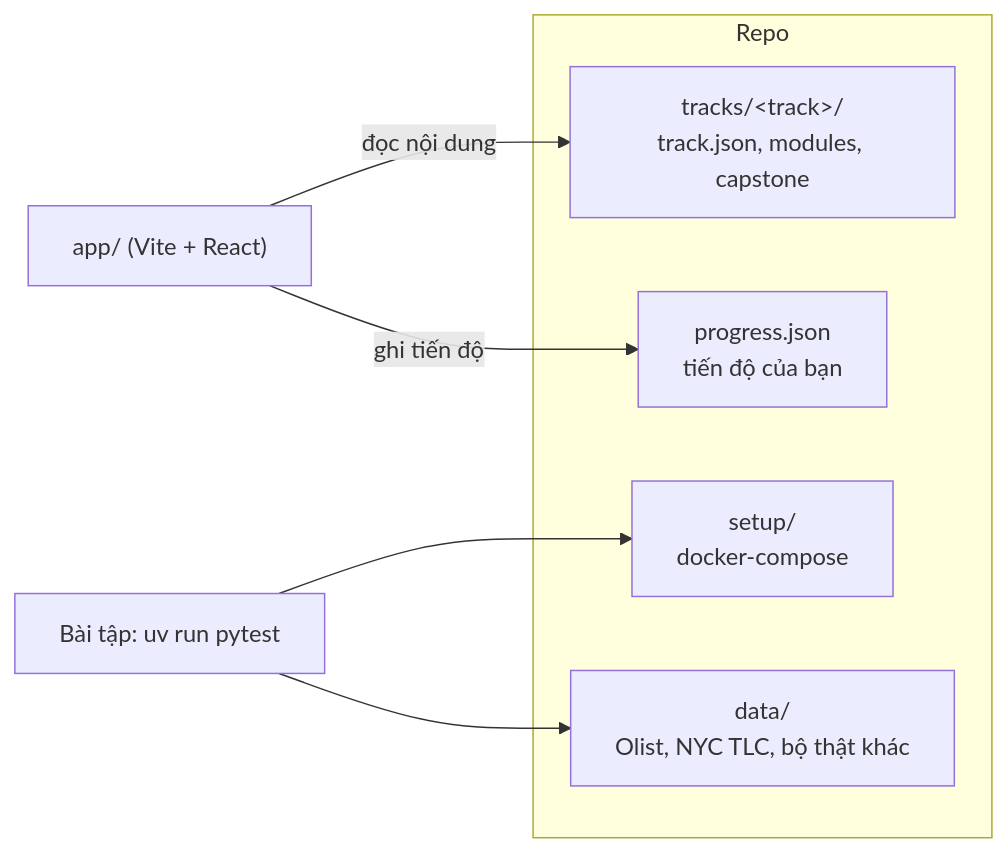
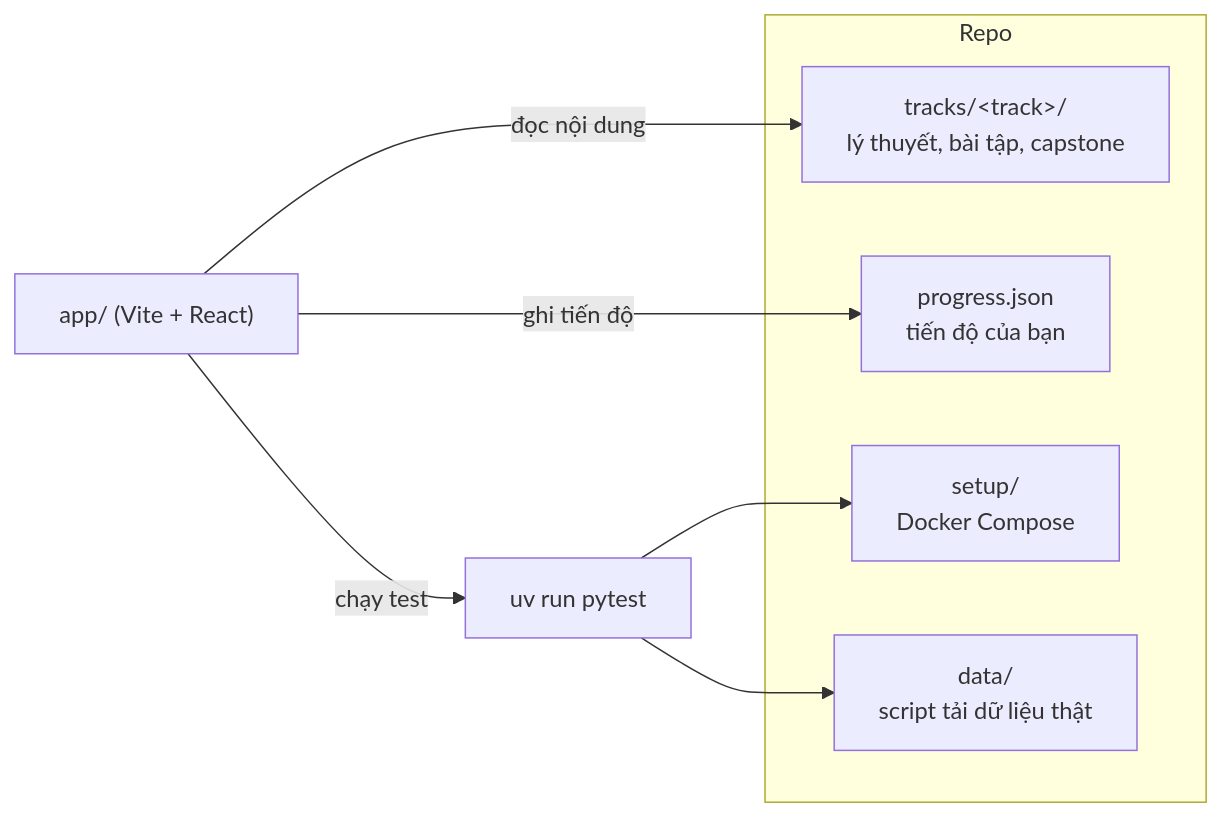
Before and after one commit to Buicongbang04/Learning_Platform: the diagram in README.md, drawn with Mermaid. The commit also changed other lines of this file, not shown here.

````diff
--- a/README.md
+++ b/README.md
@@ -8,13 +22,14 @@
 ```mermaid
 flowchart LR
   subgraph Repo
-    T["tracks/&lt;track&gt;/<br/>track.json, modules, capstone"]
+    T["tracks/&lt;track&gt;/<br/>lý thuyết, bài tập, capstone"]
     P["progress.json<br/>tiến độ của bạn"]
-    S["setup/<br/>docker-compose"]
-    D["data/<br/>Olist, NYC TLC, bộ thật khác"]
+    S["setup/<br/>Docker Compose"]
+    D["data/<br/>script tải dữ liệu thật"]
   end
   A["app/ (Vite + React)"] -- đọc nội dung --> T
   A -- ghi tiến độ --> P
-  E["Bài tập: uv run pytest"] --> S
+  A -- chạy test --> E["uv run pytest"]
+  E --> S
   E --> D
 ```
````
